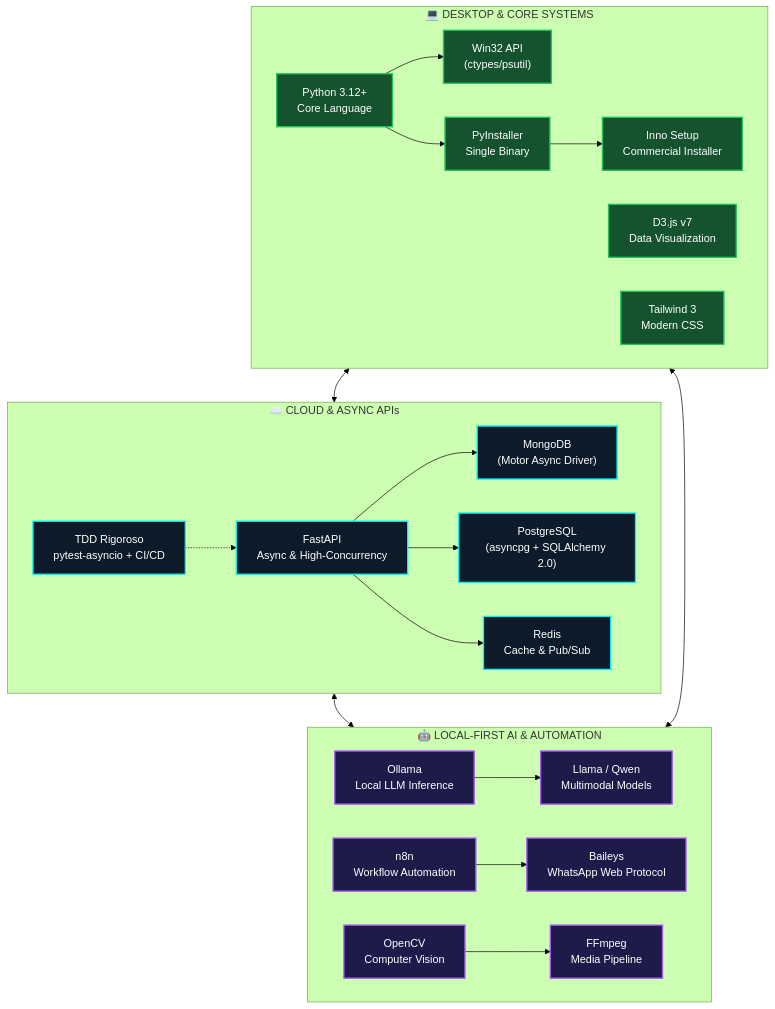
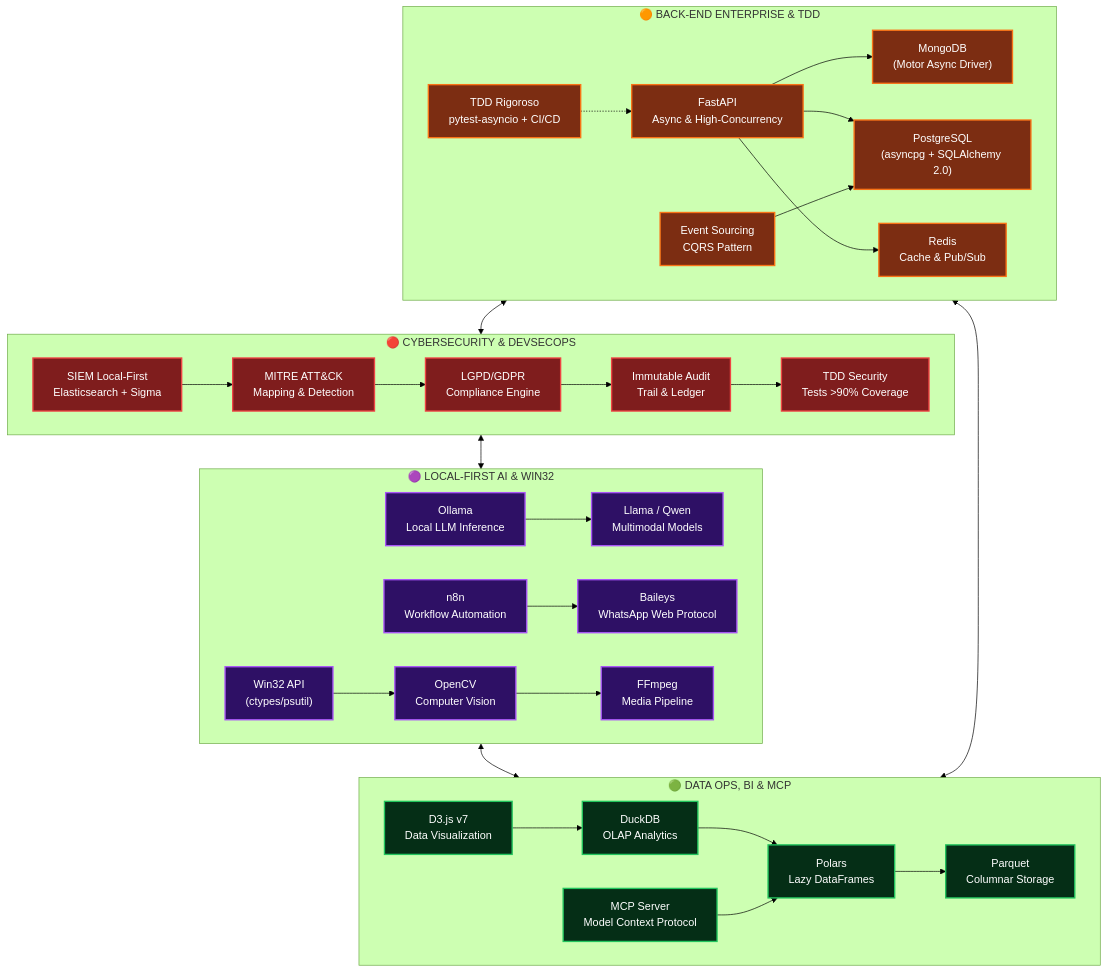
The diagram in README.md (lcszero44-cell/lcszero44-cell), drawn with Mermaid (forest theme) before and after one commit. The commit also changed other lines of this file and 1 other file, not shown here.

````diff
--- a/README.md
+++ b/README.md
@@ -160,53 +257,73 @@
 ```mermaid
 flowchart TB
-    subgraph CLOUD["☁️ CLOUD & ASYNC APIs"]
-        FASTAPI["FastAPI<br/>Async & High-Concurrency"]
-        MONGO["MongoDB<br/>(Motor Async Driver)"]
-        POSTGRES["PostgreSQL<br/>(asyncpg + SQLAlchemy 2.0)"]
-        TDD["TDD Rigoroso<br/>pytest-asyncio + CI/CD"]
-        REDIS["Redis<br/>Cache & Pub/Sub"]
+    subgraph SEC["🔴 CYBERSECURITY & DEVSECOPS"]
+        SIEM["SIEM Local-First<br/>Elasticsearch + Sigma"]
+        MITRE["MITRE ATT&CK<br/>Mapping & Detection"]
+        COMPLIANCE["LGPD/GDPR<br/>Compliance Engine"]
+        AUDIT["Immutable Audit<br/>Trail & Ledger"]
+        TDD_SEC["TDD Security<br/>Tests >90% Coverage"]
         
-        FASTAPI --> MONGO
-        FASTAPI --> POSTGRES
-        FASTAPI --> REDIS
-        TDD -.-> FASTAPI
+        SIEM --> MITRE
+        MITRE --> COMPLIANCE
+        COMPLIANCE --> AUDIT
+        AUDIT --> TDD_SEC
     end
     
-    subgraph LOCALAI["🤖 LOCAL-FIRST AI & AUTOMATION"]
+    subgraph AIWIN["🟣 LOCAL-FIRST AI & WIN32"]
         OLLAMA["Ollama<br/>Local LLM Inference"]
         LLAMA["Llama / Qwen<br/>Multimodal Models"]
+        WIN32["Win32 API<br/>(ctypes/psutil)"]
         N8N["n8n<br/>Workflow Automation"]
         BAILEYS["Baileys<br/>WhatsApp Web Protocol"]
         OPENCV["OpenCV<br/>Computer Vision"]
         FFMPEG["FFmpeg<br/>Media Pipeline"]
         
         OLLAMA --> LLAMA
         N8N --> BAILEYS
+        WIN32 --> OPENCV
         OPENCV --> FFMPEG
     end
     
-    subgraph DESKTOP["💻 DESKTOP & CORE SYSTEMS"]
-        PYTHON["Python 3.12+<br/>Core Language"]
-        WIN32["Win32 API<br/>(ctypes/psutil)"]
-        PYINSTALLER["PyInstaller<br/>Single Binary"]
-        INNO["Inno Setup<br/>Commercial Installer"]
+    subgraph DATA["🟢 DATA OPS, BI & MCP"]
         D3["D3.js v7<br/>Data Visualization"]
-        TAILWIND["Tailwind 3<br/>Modern CSS"]
+        DUCKDB["DuckDB<br/>OLAP Analytics"]
+        POLARS["Polars<br/>Lazy DataFrames"]
+        MCP["MCP Server<br/>Model Context Protocol"]
+        PARQUET["Parquet<br/>Columnar Storage"]
         
-        PYTHON --> WIN32
-        PYTHON --> PYINSTALLER
-        PYINSTALLER --> INNO
+        D3 --> DUCKDB
+        DUCKDB --> POLARS
+        POLARS --> PARQUET
+        MCP --> POLARS
     end
     
-    CLOUD <--> LOCALAI
-    LOCALAI <--> DESKTOP
-    DESKTOP <--> CLOUD
+    subgraph BACKEND["🟠 BACK-END ENTERPRISE & TDD"]
+        FASTAPI["FastAPI<br/>Async & High-Concurrency"]
+        MONGO["MongoDB<br/>(Motor Async Driver)"]
+        POSTGRES["PostgreSQL<br/>(asyncpg + SQLAlchemy 2.0)"]
+        TDD["TDD Rigoroso<br/>pytest-asyncio + CI/CD"]
+        REDIS["Redis<br/>Cache & Pub/Sub"]
+        EVENTS["Event Sourcing<br/>CQRS Pattern"]
+        
+        FASTAPI --> MONGO
+        FASTAPI --> POSTGRES
+        FASTAPI --> REDIS
+        EVENTS --> POSTGRES
+        TDD -.-> FASTAPI
+    end
     
-    classDef cloud fill:#0c1a2a,stroke:#00f5ff,stroke-width:2px,color:#fff
-    classDef local fill:#1e1b4b,stroke:#a855f7,stroke-width:2px,color:#fff
-    classDef desk fill:#14532d,stroke:#22c55e,stroke-width:2px,color:#fff
+    SEC <--> AIWIN
+    AIWIN <--> DATA
+    DATA <--> BACKEND
+    BACKEND <--> SEC
     
-    class FASTAPI,MONGO,POSTGRES,TDD,REDIS cloud
-    class OLLAMA,LLAMA,N8N,BAILEYS,OPENCV,FFMPEG local
-    class PYTHON,WIN32,PYINSTALLER,INNO,D3,TAILWIND desk
+    classDef sec fill:#7f1d1d,stroke:#ef4444,stroke-width:2px,color:#fff
+    classDef ai fill:#2e1065,stroke:#a855f7,stroke-width:2px,color:#fff
+    classDef data fill:#052e16,stroke:#22c55e,stroke-width:2px,color:#fff
+    classDef back fill:#7c2d12,stroke:#f97316,stroke-width:2px,color:#fff
+    
+    class SIEM,MITRE,COMPLIANCE,AUDIT,TDD_SEC sec
+    class OLLAMA,LLAMA,WIN32,N8N,BAILEYS,OPENCV,FFMPEG ai
+    class D3,DUCKDB,POLARS,MCP,PARQUET data
+    class FASTAPI,MONGO,POSTGRES,TDD,REDIS,EVENTS back
 ```
````
